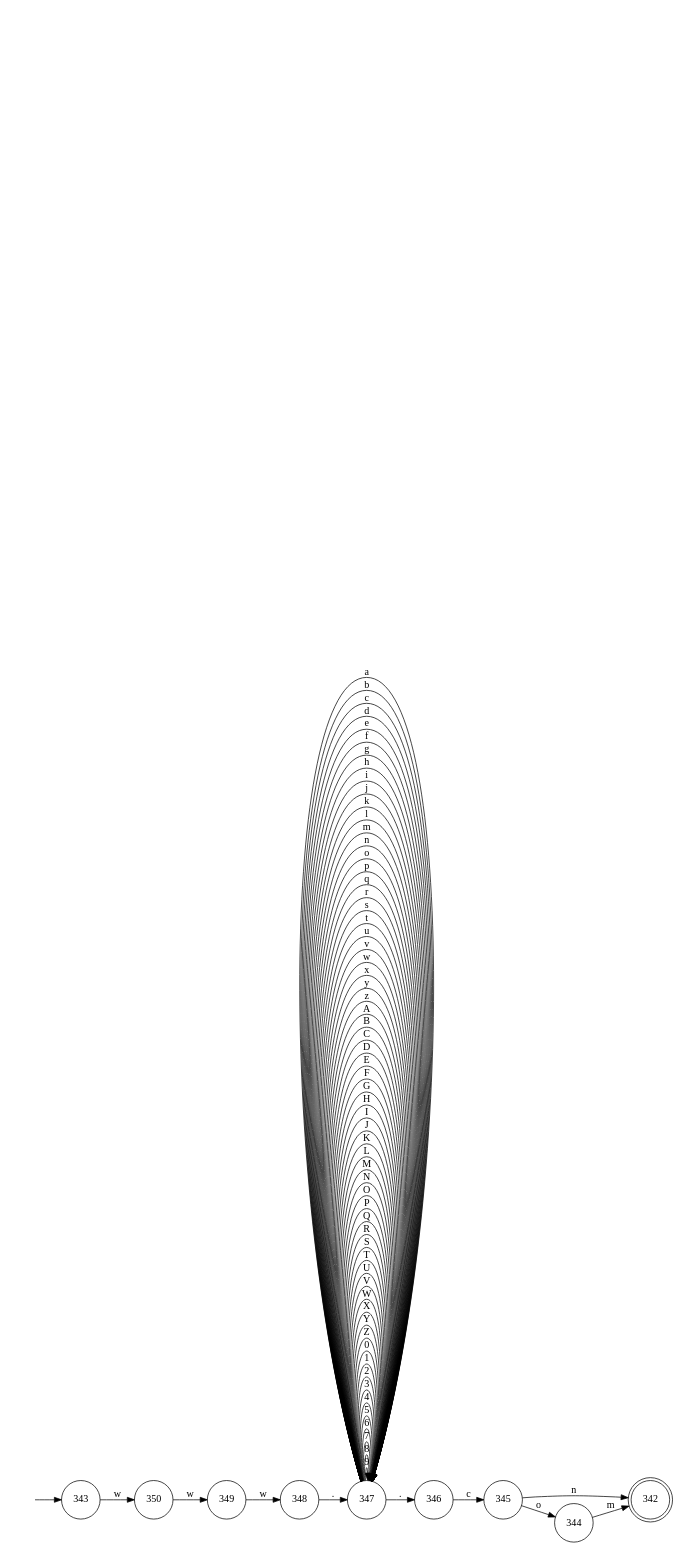
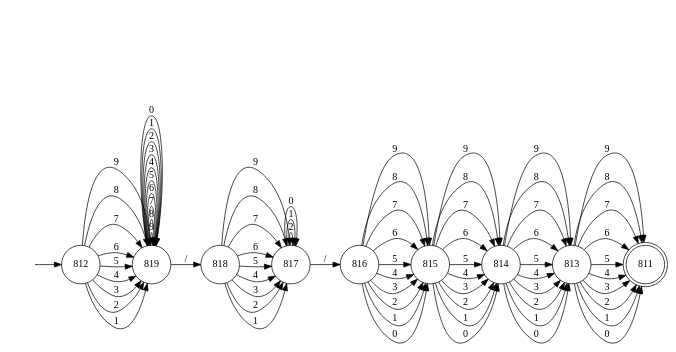
One commit to zsh111/GeCSA changed the diagram in build/min_DFA.dot. Above: the diagram before and after it, drawn with Graphviz. The commit also changed 43 other files, not shown here.

```diff
--- a/build/min_DFA.dot
+++ b/build/min_DFA.dot
@@ -1,80 +1,82 @@
 digraph{
 rankdir="LR";
 fontname = "Microsoft YaHei";
 node [shape = circle, fontname = "Microsoft YaHei"];
 edge [fontname = "Microsoft YaHei"];
 -1[style=invis];
-342 [ shape = doublecircle ];
--1 -> 343;
-343 -> 350[ label = "w" ];
-350 -> 349[ label = "w" ];
-349 -> 348[ label = "w" ];
-344 -> 342[ label = "m" ];
-345 -> 344[ label = "o" ];
-345 -> 342[ label = "n" ];
-346 -> 345[ label = "c" ];
-347 -> 346[ label = "." ];
-347 -> 347[ label = "9" ];
-347 -> 347[ label = "8" ];
-347 -> 347[ label = "7" ];
-347 -> 347[ label = "6" ];
-347 -> 347[ label = "5" ];
-347 -> 347[ label = "4" ];
-347 -> 347[ label = "3" ];
-347 -> 347[ label = "2" ];
-347 -> 347[ label = "1" ];
-347 -> 347[ label = "0" ];
-347 -> 347[ label = "Z" ];
-347 -> 347[ label = "Y" ];
-347 -> 347[ label = "X" ];
-347 -> 347[ label = "W" ];
-347 -> 347[ label = "V" ];
-347 -> 347[ label = "U" ];
-347 -> 347[ label = "T" ];
-347 -> 347[ label = "S" ];
-347 -> 347[ label = "R" ];
-347 -> 347[ label = "Q" ];
-347 -> 347[ label = "P" ];
-347 -> 347[ label = "O" ];
-347 -> 347[ label = "N" ];
-347 -> 347[ label = "M" ];
-347 -> 347[ label = "L" ];
-347 -> 347[ label = "K" ];
-347 -> 347[ label = "J" ];
-347 -> 347[ label = "I" ];
-347 -> 347[ label = "H" ];
-347 -> 347[ label = "G" ];
-347 -> 347[ label = "F" ];
-347 -> 347[ label = "E" ];
-347 -> 347[ label = "D" ];
-347 -> 347[ label = "C" ];
-347 -> 347[ label = "B" ];
-347 -> 347[ label = "A" ];
-347 -> 347[ label = "z" ];
-347 -> 347[ label = "y" ];
-347 -> 347[ label = "x" ];
-347 -> 347[ label = "w" ];
-347 -> 347[ label = "v" ];
-347 -> 347[ label = "u" ];
-347 -> 347[ label = "t" ];
-347 -> 347[ label = "s" ];
-347 -> 347[ label = "r" ];
-347 -> 347[ label = "q" ];
-347 -> 347[ label = "p" ];
-347 -> 347[ label = "o" ];
-347 -> 347[ label = "n" ];
-347 -> 347[ label = "m" ];
-347 -> 347[ label = "l" ];
-347 -> 347[ label = "k" ];
-347 -> 347[ label = "j" ];
-347 -> 347[ label = "i" ];
-347 -> 347[ label = "h" ];
-347 -> 347[ label = "g" ];
-347 -> 347[ label = "f" ];
-347 -> 347[ label = "e" ];
-347 -> 347[ label = "d" ];
-347 -> 347[ label = "c" ];
-347 -> 347[ label = "b" ];
-347 -> 347[ label = "a" ];
-348 -> 347[ label = "." ];
+811 [ shape = doublecircle ];
+-1 -> 812;
+812 -> 819[ label = "9" ];
+812 -> 819[ label = "8" ];
+812 -> 819[ label = "7" ];
+812 -> 819[ label = "6" ];
+812 -> 819[ label = "5" ];
+812 -> 819[ label = "4" ];
+812 -> 819[ label = "3" ];
+812 -> 819[ label = "2" ];
+812 -> 819[ label = "1" ];
+819 -> 818[ label = "/" ];
+819 -> 819[ label = "9" ];
+819 -> 819[ label = "8" ];
+819 -> 819[ label = "7" ];
+819 -> 819[ label = "6" ];
+819 -> 819[ label = "5" ];
+819 -> 819[ label = "4" ];
+819 -> 819[ label = "3" ];
+819 -> 819[ label = "2" ];
+819 -> 819[ label = "1" ];
+819 -> 819[ label = "0" ];
+818 -> 817[ label = "9" ];
+818 -> 817[ label = "8" ];
+818 -> 817[ label = "7" ];
+818 -> 817[ label = "6" ];
+818 -> 817[ label = "5" ];
+818 -> 817[ label = "4" ];
+818 -> 817[ label = "3" ];
+818 -> 817[ label = "2" ];
+818 -> 817[ label = "1" ];
+813 -> 811[ label = "9" ];
+813 -> 811[ label = "8" ];
+813 -> 811[ label = "7" ];
+813 -> 811[ label = "6" ];
+813 -> 811[ label = "5" ];
+813 -> 811[ label = "4" ];
+813 -> 811[ label = "3" ];
+813 -> 811[ label = "2" ];
+813 -> 811[ label = "1" ];
+813 -> 811[ label = "0" ];
+814 -> 813[ label = "9" ];
+814 -> 813[ label = "8" ];
+814 -> 813[ label = "7" ];
+814 -> 813[ label = "6" ];
+814 -> 813[ label = "5" ];
+814 -> 813[ label = "4" ];
+814 -> 813[ label = "3" ];
+814 -> 813[ label = "2" ];
+814 -> 813[ label = "1" ];
+814 -> 813[ label = "0" ];
+815 -> 814[ label = "9" ];
+815 -> 814[ label = "8" ];
+815 -> 814[ label = "7" ];
+815 -> 814[ label = "6" ];
+815 -> 814[ label = "5" ];
+815 -> 814[ label = "4" ];
+815 -> 814[ label = "3" ];
+815 -> 814[ label = "2" ];
+815 -> 814[ label = "1" ];
+815 -> 814[ label = "0" ];
+816 -> 815[ label = "9" ];
+816 -> 815[ label = "8" ];
+816 -> 815[ label = "7" ];
+816 -> 815[ label = "6" ];
+816 -> 815[ label = "5" ];
+816 -> 815[ label = "4" ];
+816 -> 815[ label = "3" ];
+816 -> 815[ label = "2" ];
+816 -> 815[ label = "1" ];
+816 -> 815[ label = "0" ];
+817 -> 816[ label = "/" ];
+817 -> 817[ label = "2" ];
+817 -> 817[ label = "1" ];
+817 -> 817[ label = "0" ];
 }
```
